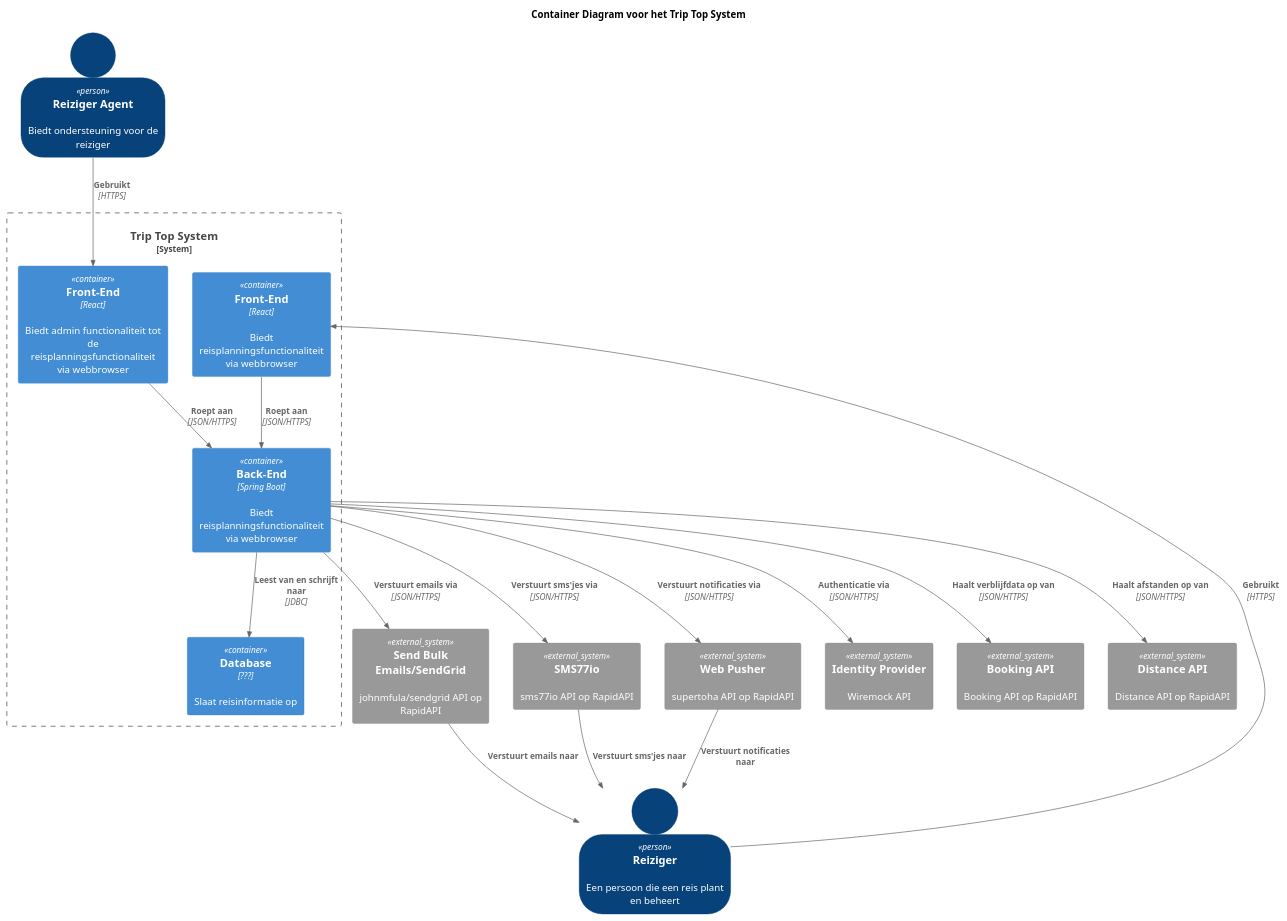
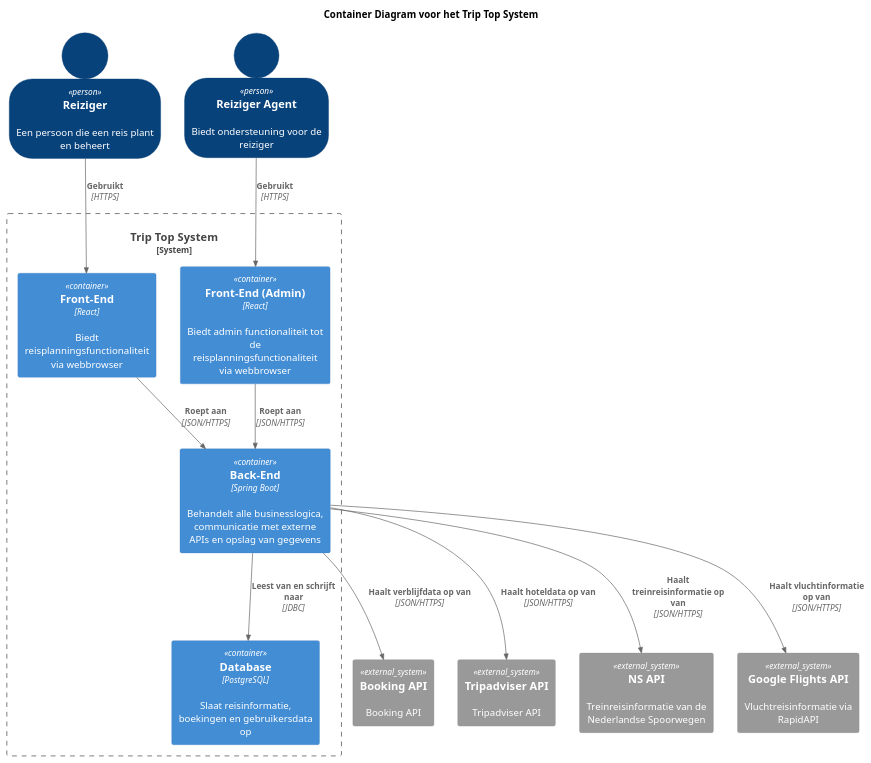
One commit to AIM-ENE-feb25/triptop-sqr-tech changed the diagram in Diagrammen/SamenGevoegdeContainerDiagram.puml. Above: the diagram before and after it, drawn with PlantUML. The commit also changed 5 other files, not shown here.

Commit message:
Component en container diagram aangepast en toegevoegd

```diff
--- a/Diagrammen/SamenGevoegdeContainerDiagram.puml
+++ b/Diagrammen/SamenGevoegdeContainerDiagram.puml
@@ -1,44 +1,46 @@
 @startuml
 !include https://raw.githubusercontent.com/plantuml-stdlib/C4-PlantUML/master/C4_Container.puml
 SHOW_PERSON_OUTLINE()
 
 title Container Diagram voor het Trip Top System
 
 Person(reiziger, "Reiziger", "Een persoon die een reis plant en beheert")
 Person(reizigerA, "Reiziger Agent", "Biedt ondersteuning voor de reiziger")
 
 System_Boundary(tts, "Trip Top System") {
     Container(fe, "Front-End", "React", "Biedt reisplanningsfunctionaliteit via webbrowser")
-    Container(fea, "Front-End", "React", "Biedt admin functionaliteit tot de reisplanningsfunctionaliteit via webbrowser")
+    Container(fea, "Front-End (Admin)", "React", "Biedt admin functionaliteit tot de reisplanningsfunctionaliteit via webbrowser")
 
-    Container(be, "Back-End", "Spring Boot", "Biedt reisplanningsfunctionaliteit via webbrowser")
+    Container(be, "Back-End", "Spring Boot", "Behandelt alle businesslogica, communicatie met externe APIs en opslag van gegevens")
 
-    Container(db, "Database", "???", "Slaat reisinformatie op")
+    Container(db, "Database", "PostgreSQL", "Slaat reisinformatie, boekingen en gebruikersdata op")
 }
 
-System_Ext(email_api, "Send Bulk Emails/SendGrid", "johnmfula/sendgrid API op RapidAPI")
-System_Ext(sms_api, "SMS77io", "sms77io API op RapidAPI")
-System_Ext(push_api, "Web Pusher", "supertoha API op RapidAPI")
-System_Ext(ip, "Identity Provider", "Wiremock API")
-System_Ext(bapi, "Booking API", "Booking API op RapidAPI")
-System_Ext(dapi, "Distance API", "Distance API op RapidAPI")
+' === Externe systemen ===
+System_Ext(bapi, "Booking API", "Booking API ")
+System_Ext(trapi, "Tripadviser API", "Tripadviser API")
 
+System_Ext(nsapi, "NS API", "Treinreisinformatie van de Nederlandse Spoorwegen")
+System_Ext(googleflightsapi, "Google Flights API", "Vluchtreisinformatie via RapidAPI")
+
+' === Gebruiker interacties ===
 Rel(reiziger, fe, "Gebruikt", "HTTPS")
 Rel(reizigerA, fea, "Gebruikt", "HTTPS")
+
+' === Front-end naar back-end ===
 Rel(fe, be, "Roept aan", "JSON/HTTPS")
 Rel(fea, be, "Roept aan", "JSON/HTTPS")
+
+' === Back-end naar database ===
 Rel(be, db, "Leest van en schrijft naar", "JDBC")
 
-Rel(be, email_api, "Verstuurt emails via", "JSON/HTTPS")
-Rel(be, sms_api, "Verstuurt sms'jes via", "JSON/HTTPS")
-Rel(be, push_api, "Verstuurt notificaties via", "JSON/HTTPS")
-Rel(be, ip, "Authenticatie via", "JSON/HTTPS")
+' === Back-end naar externe systemen ===
+Rel(be, trapi, "Haalt hoteldata op van", "JSON/HTTPS")
+Rel(be, bapi, "Haalt verblijfdata op van", "JSON/HTTPS")
+Rel(be, nsapi, "Haalt treinreisinformatie op van", "JSON/HTTPS")
+Rel(be, googleflightsapi, "Haalt vluchtinformatie op van", "JSON/HTTPS")
 
-Rel(email_api, reiziger, "Verstuurt emails naar")
-Rel(sms_api, reiziger, "Verstuurt sms'jes naar")
-Rel(push_api, reiziger, "Verstuurt notificaties naar")
-Rel(be, bapi, "Haalt verblijfdata op van", "JSON/HTTPS")
-Rel(be, dapi, "Haalt afstanden op van", "JSON/HTTPS")
-}
+
+
 
 @enduml
```
